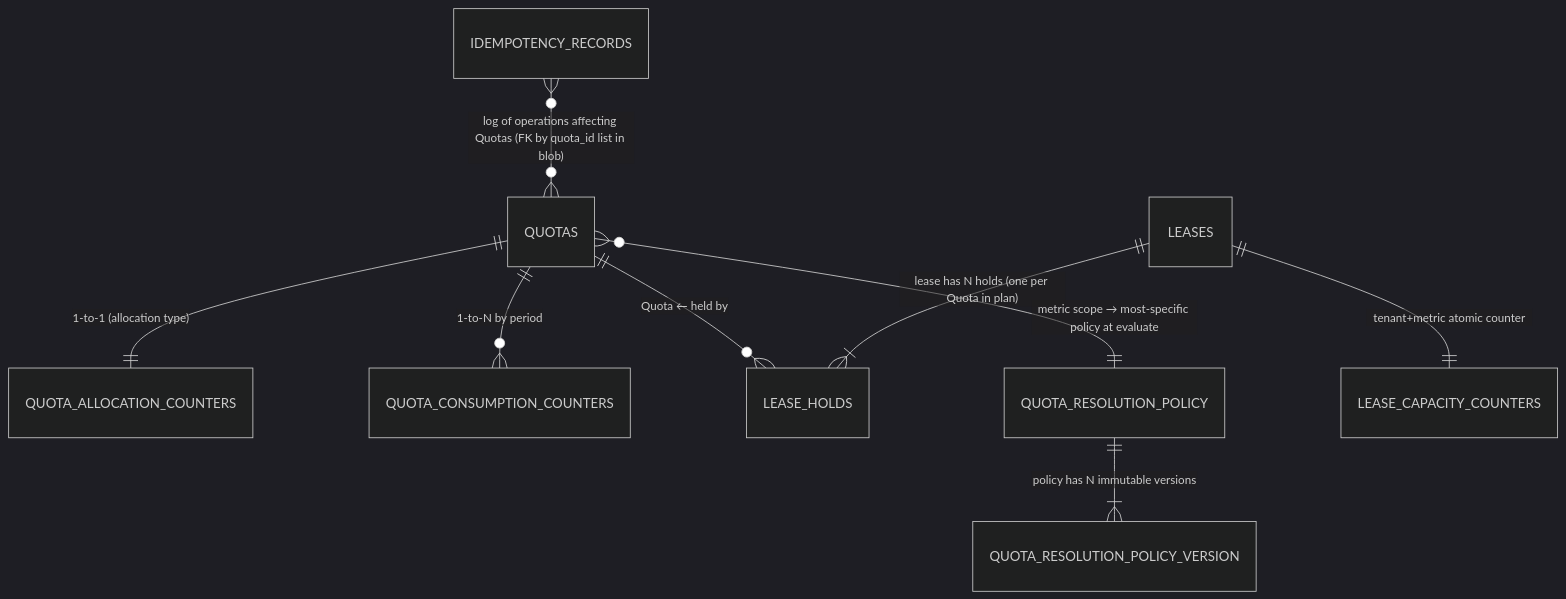
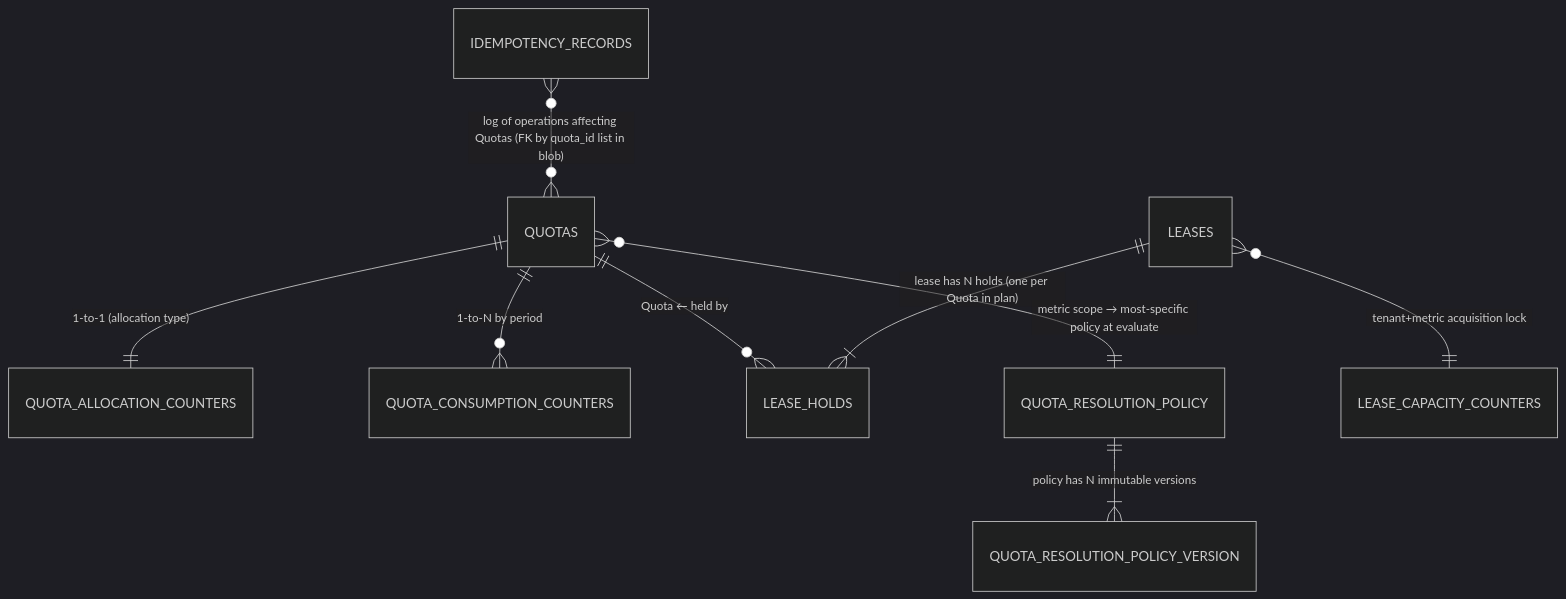
Before and after one commit to vgprod/gears-rust: the second of 17 diagrams in gears/system/quota-enforcement/docs/DESIGN.md, drawn with Mermaid (dark theme). The commit also changed other lines of this file and 11 other files, not shown here.

Commit message:
perf(quota-enforcement): settle leases without the capacity row

````diff
--- a/gears/system/quota-enforcement/docs/DESIGN.md
+++ b/gears/system/quota-enforcement/docs/DESIGN.md
@@ -392,11 +392,11 @@
 ```mermaid
 erDiagram
     QUOTAS ||--|| QUOTA_ALLOCATION_COUNTERS : "1-to-1 (allocation type)"
     QUOTAS ||--o{ QUOTA_CONSUMPTION_COUNTERS : "1-to-N by period"
     QUOTAS ||--o{ LEASE_HOLDS : "Quota ← held by"
     LEASES ||--|{ LEASE_HOLDS : "lease has N holds (one per Quota in plan)"
     QUOTA_RESOLUTION_POLICY ||--|{ QUOTA_RESOLUTION_POLICY_VERSION : "policy has N immutable versions"
     QUOTAS }o--|| QUOTA_RESOLUTION_POLICY : "metric scope → most-specific policy at evaluate"
-    LEASES ||--|| LEASE_CAPACITY_COUNTERS : "tenant+metric atomic counter"
+    LEASES }o--|| LEASE_CAPACITY_COUNTERS : "tenant+metric acquisition lock"
     IDEMPOTENCY_RECORDS }o--o{ QUOTAS : "log of operations affecting Quotas (FK by quota_id list in blob)"
 ```
````
